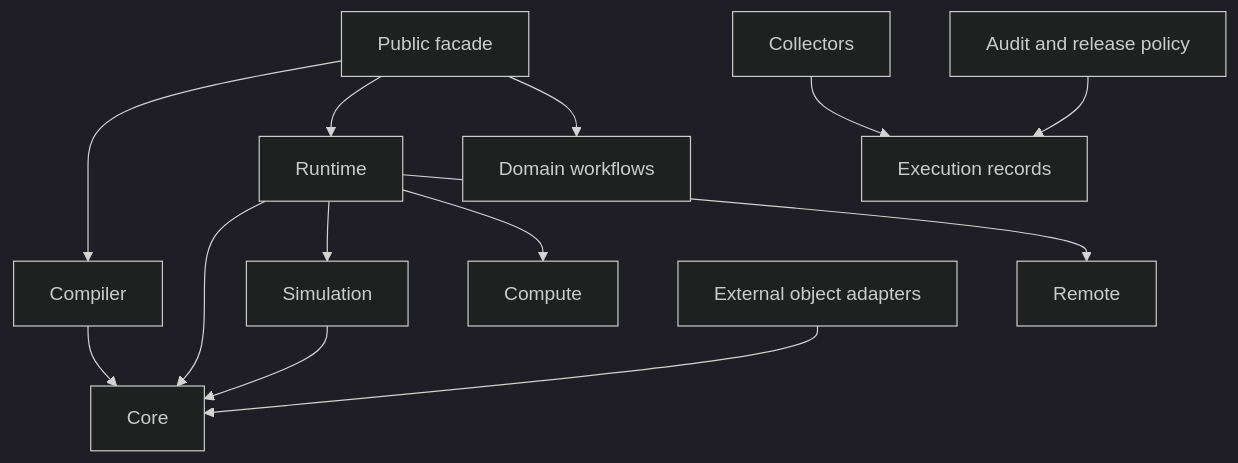
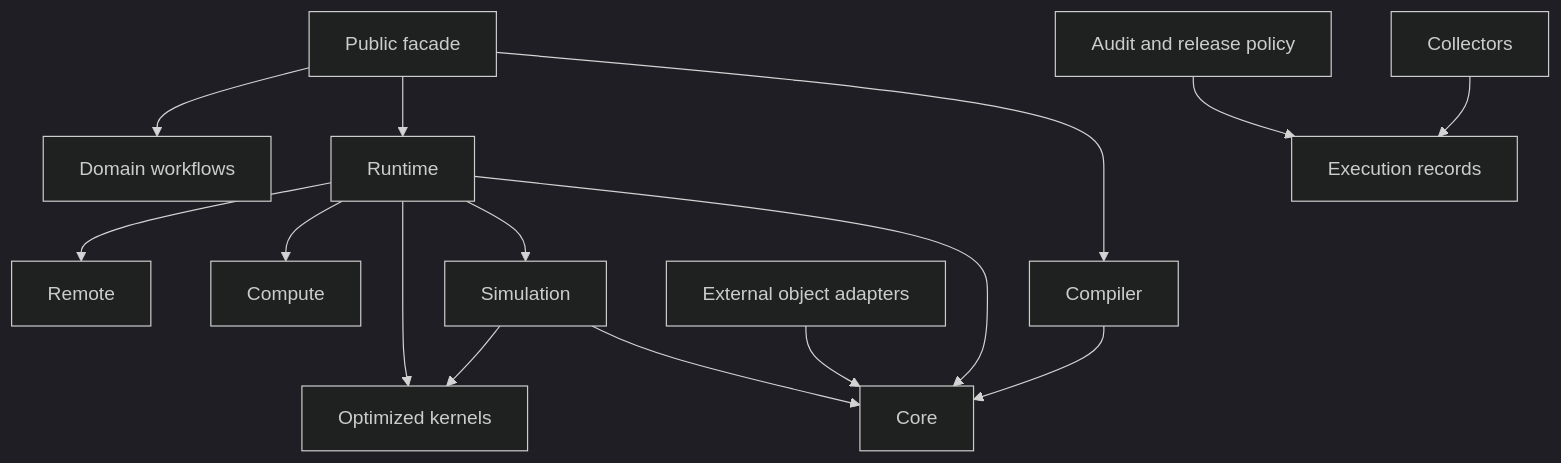
The diagram in docs/architecture/ARCHITECTURE_DEPENDENCIES.md (flagos-ai/FlagQuantum), drawn with Mermaid (dark theme) before and after one commit. The commit also changed other lines of this file and 51 other files, not shown here.

````diff
--- a/docs/architecture/ARCHITECTURE_DEPENDENCIES.md
+++ b/docs/architecture/ARCHITECTURE_DEPENDENCIES.md
@@ -6,15 +6,17 @@
 ```mermaid
 flowchart TD
     API[Public facade] --> Compiler
     API --> Runtime
     API --> Workflows[Domain workflows]
     Compiler --> Core
     Runtime --> Core
     Runtime --> Simulation
+    Runtime --> Kernels[Optimized kernels]
     Runtime --> Compute
     Runtime --> Remote
     Simulation --> Core
+    Simulation --> Kernels
     Ecosystem[External object adapters] --> Core
     Collectors --> Records[Execution records]
     Audit[Audit and release policy] --> Records
 ```
````
